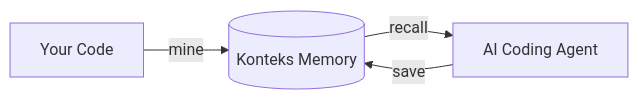
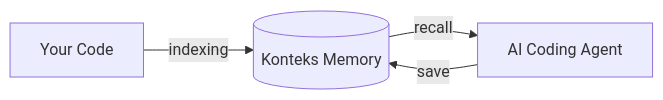
The diagram in README.md (konteks/cli), drawn with Mermaid before and after one commit. The commit also changed other lines of this file and 10 other files, not shown here.

````diff
--- a/README.md
+++ b/README.md
@@ -9,6 +10,6 @@
 ```mermaid
 graph LR
-    Code[Your Code] -- "mine" --> Memory[(Konteks Memory)]
+    Code[Your Code] -- "indexing" --> Memory[(Konteks Memory)]
     Memory -- "recall" --> Agent[AI Coding Agent]
     Agent -- "save" --> Memory
 ```
````
